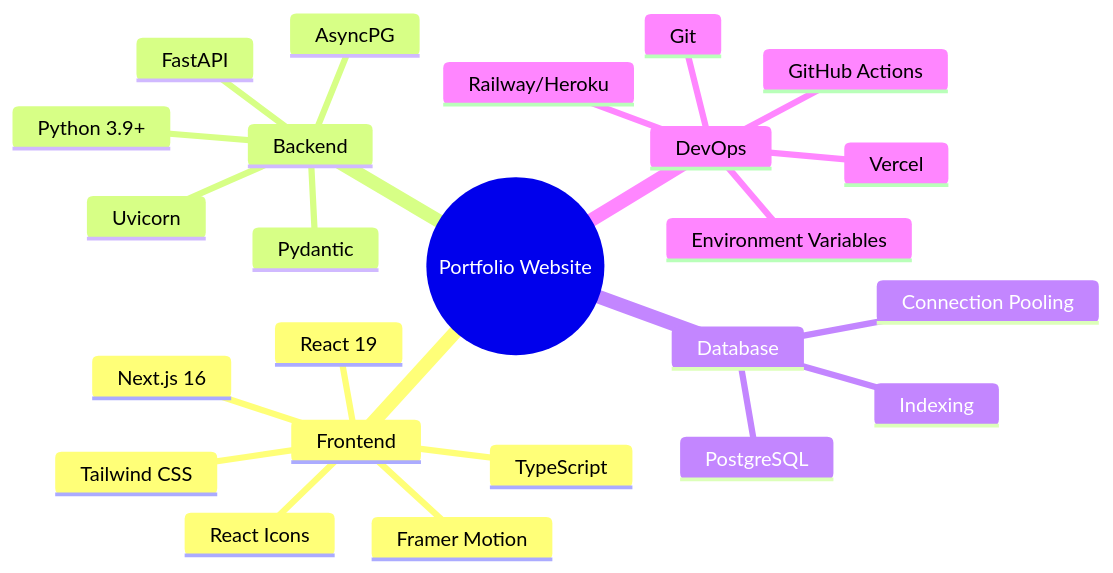
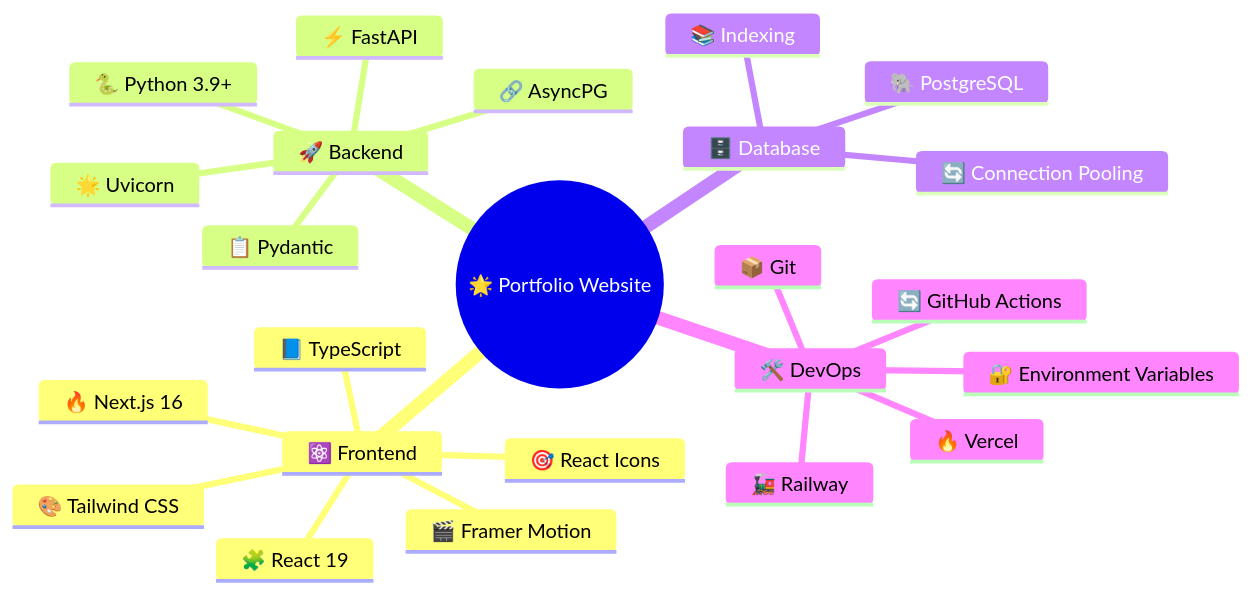
The fifth of 5 diagrams in README.md (merma1509/Portfolio-Website), drawn with Mermaid before and after one commit. The commit also changed other lines of this file, not shown here.

Commit message:
Enhance README.md with beautiful colored Mermaid diagrams and ER diagrams

````diff
--- a/README.md
+++ b/README.md
@@ -237,27 +291,27 @@
 ```mermaid
 mindmap
-  root((Portfolio Website))
-    Frontend
-      Next.js 16
-      React 19
-      TypeScript
-      Tailwind CSS
-      Framer Motion
-      React Icons
-    Backend
-      FastAPI
-      Python 3.9+
-      Uvicorn
-      Pydantic
-      AsyncPG
-    Database
-      PostgreSQL
-      Connection Pooling
-      Indexing
-    DevOps
-      Git
-      Vercel
-      Railway/Heroku
-      GitHub Actions
-      Environment Variables
+  root((🌟 Portfolio Website))
+    ⚛️ Frontend
+      🔥 Next.js 16
+      🧩 React 19
+      📘 TypeScript
+      🎨 Tailwind CSS
+      🎬 Framer Motion
+      🎯 React Icons
+    🚀 Backend
+      ⚡ FastAPI
+      🐍 Python 3.9+
+      🌟 Uvicorn
+      📋 Pydantic
+      🔗 AsyncPG
+    🗄️ Database
+      🐘 PostgreSQL
+      🔄 Connection Pooling
+      📚 Indexing
+    🛠️ DevOps
+      📦 Git
+      🔥 Vercel
+      🚂 Railway
+      🔄 GitHub Actions
+      🔐 Environment Variables
 ```
````
